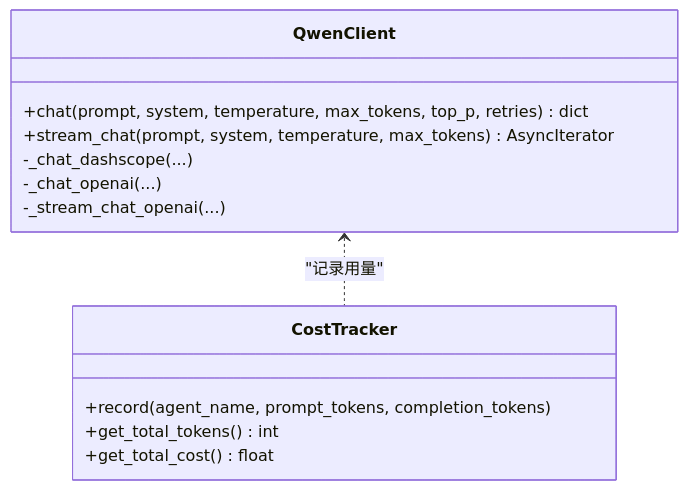
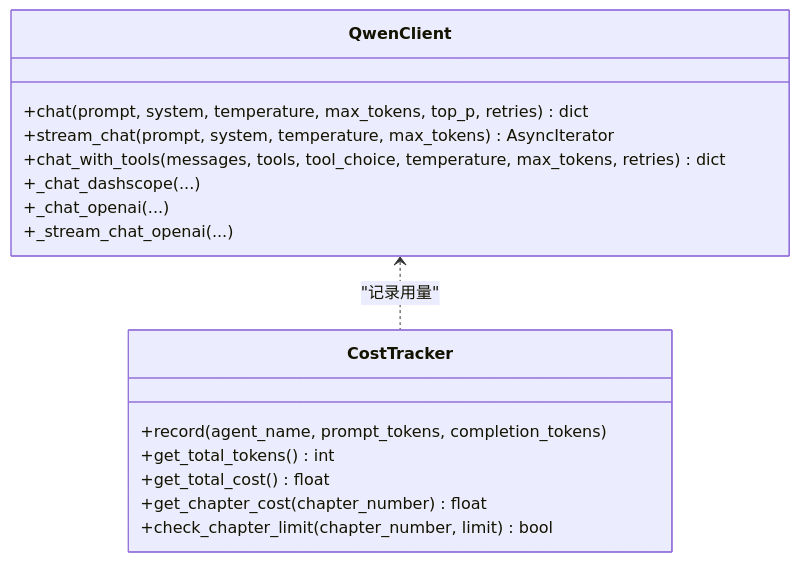
Before and after one commit to xfbyxq/ai-novel-system: diagram 13 of 15 in .qoder/repowiki/zh/content/项目概述/项目概述.md, drawn with Mermaid. The commit also changed other lines of this file and 9 other files, not shown here.

First line of the commit message:
feat(core): 完善v2.1.0版本，新增Neo4j图数据库及多项智能功能

````diff
--- a/.qoder/repowiki/zh/content/项目概述/项目概述.md
+++ b/.qoder/repowiki/zh/content/项目概述/项目概述.md
@@ -328,16 +624,19 @@
 ```mermaid
 classDiagram
 class QwenClient {
 +chat(prompt, system, temperature, max_tokens, top_p, retries) dict
 +stream_chat(prompt, system, temperature, max_tokens) AsyncIterator
--_chat_dashscope(...)
--_chat_openai(...)
--_stream_chat_openai(...)
++chat_with_tools(messages, tools, tool_choice, temperature, max_tokens, retries) dict
++_chat_dashscope(...)
++_chat_openai(...)
++_stream_chat_openai(...)
 }
 class CostTracker {
 +record(agent_name, prompt_tokens, completion_tokens)
 +get_total_tokens() int
 +get_total_cost() float
++get_chapter_cost(chapter_number) float
++check_chapter_limit(chapter_number, limit) bool
 }
 QwenClient <.. CostTracker : "记录用量"
 ```
````
